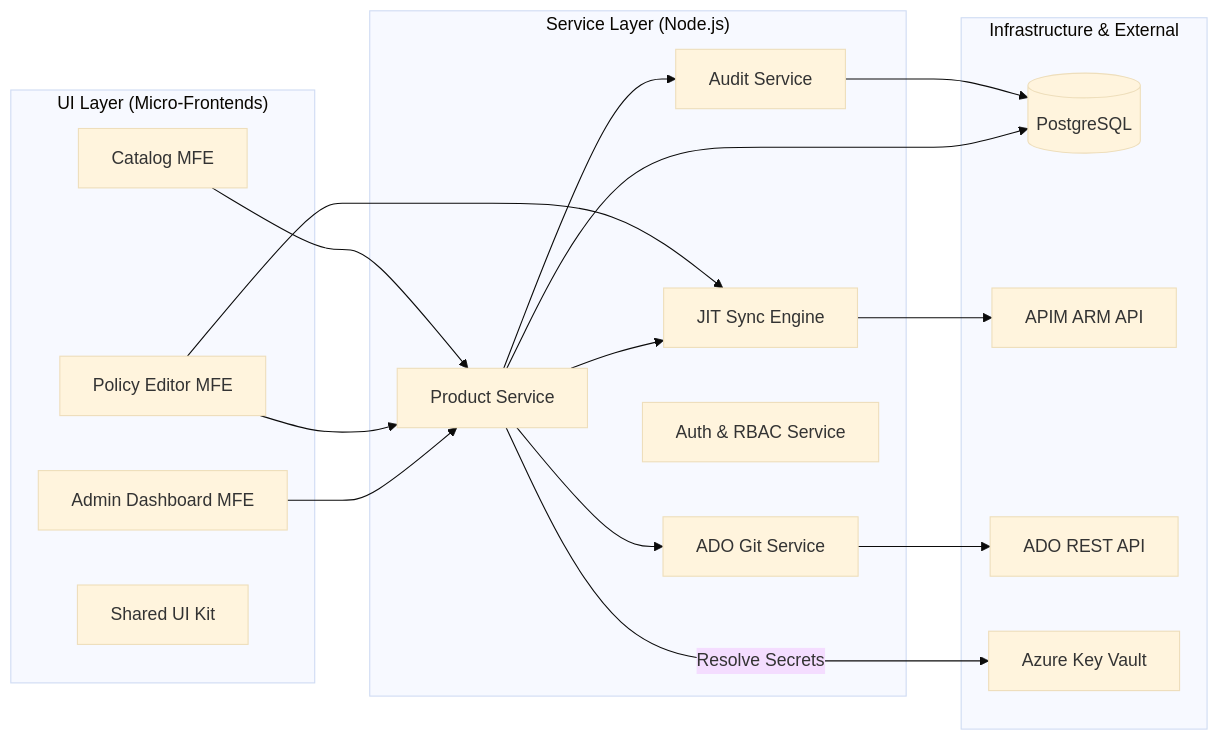
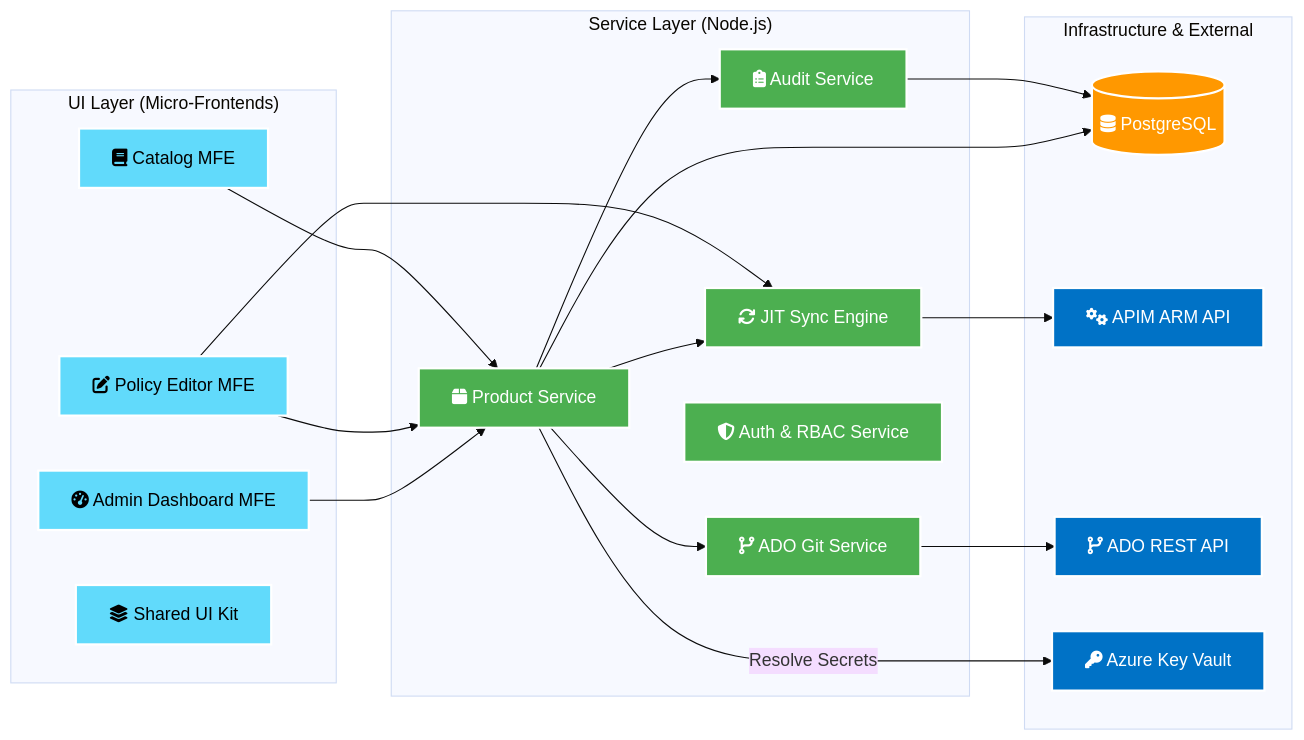
Before and after one commit to alagusundarams/swagger-scorer: the second of 8 diagrams in docs/architecture_diagrams.md, drawn with Mermaid (base theme). The commit also changed other lines of this file and 24 other files, not shown here.

First line of the commit message:
docs: complete overhaul of documentation architecture and backlog

````diff
--- a/docs/architecture_diagrams.md
+++ b/docs/architecture_diagrams.md
@@ -10,35 +58,42 @@
 ```mermaid
 graph LR
+    %% Styles
+    classDef azure fill:#0072C6,stroke:#fff,stroke-width:2px,color:#fff;
+    classDef compute fill:#4caf50,stroke:#fff,stroke-width:2px,color:#fff;
+    classDef db fill:#ff9800,stroke:#fff,stroke-width:2px,color:#fff;
+    classDef ext fill:#607d8b,stroke:#fff,stroke-width:2px,color:#fff;
+    classDef fe fill:#61dafb,stroke:#fff,stroke-width:2px,color:#000;
+
     subgraph "UI Layer (Micro-Frontends)"
-        Catalog["Catalog MFE"]
-        Editor["Policy Editor MFE"]
-        Admin["Admin Dashboard MFE"]
-        SharedUI["Shared UI Kit"]
+        Catalog["fa:fa-book Catalog MFE"]:::fe
+        Editor["fa:fa-edit Policy Editor MFE"]:::fe
+        Admin["fa:fa-tachometer-alt Admin Dashboard MFE"]:::fe
+        SharedUI["fa:fa-layer-group Shared UI Kit"]:::fe
     end
 
     subgraph "Service Layer (Node.js)"
-        ProductSvc["Product Service"]
-        AuditSvc["Audit Service"]
-        SyncEngine["JIT Sync Engine"]
-        GitSvc["ADO Git Service"]
-        AuthSvc["Auth & RBAC Service"]
+        ProductSvc["fa:fa-box Product Service"]:::compute
+        AuditSvc["fa:fa-clipboard-list Audit Service"]:::compute
+        SyncEngine["fa:fa-sync JIT Sync Engine"]:::compute
+        GitSvc["fa:fa-code-branch ADO Git Service"]:::compute
+        AuthSvc["fa:fa-shield-alt Auth & RBAC Service"]:::compute
     end
 
     subgraph "Infrastructure & External"
-        DB[(PostgreSQL)]
-        APIM_API[APIM ARM API]
-        ADO_API[ADO REST API]
-        KV[Azure Key Vault]
+        DB[("fa:fa-database PostgreSQL")]:::db
+        APIM_API["fa:fa-cogs APIM ARM API"]:::azure
+        ADO_API["fa:fa-code-branch ADO REST API"]:::azure
+        KV["fa:fa-key Azure Key Vault"]:::azure
     end
 
     Catalog & Editor & Admin --> ProductSvc
     Editor --> SyncEngine
     ProductSvc --> AuditSvc
     ProductSvc --> SyncEngine
     ProductSvc --> GitSvc
     SyncEngine --> APIM_API
     GitSvc --> ADO_API
     AuditSvc --> DB
     ProductSvc --> DB
     ProductSvc -->|Resolve Secrets| KV
 ```
````
